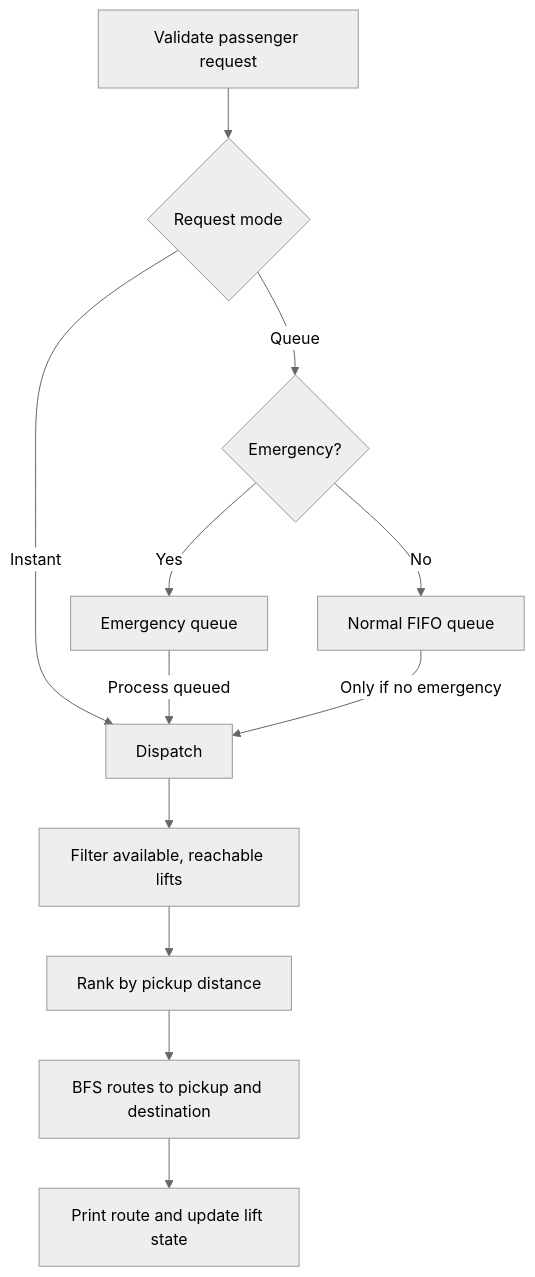
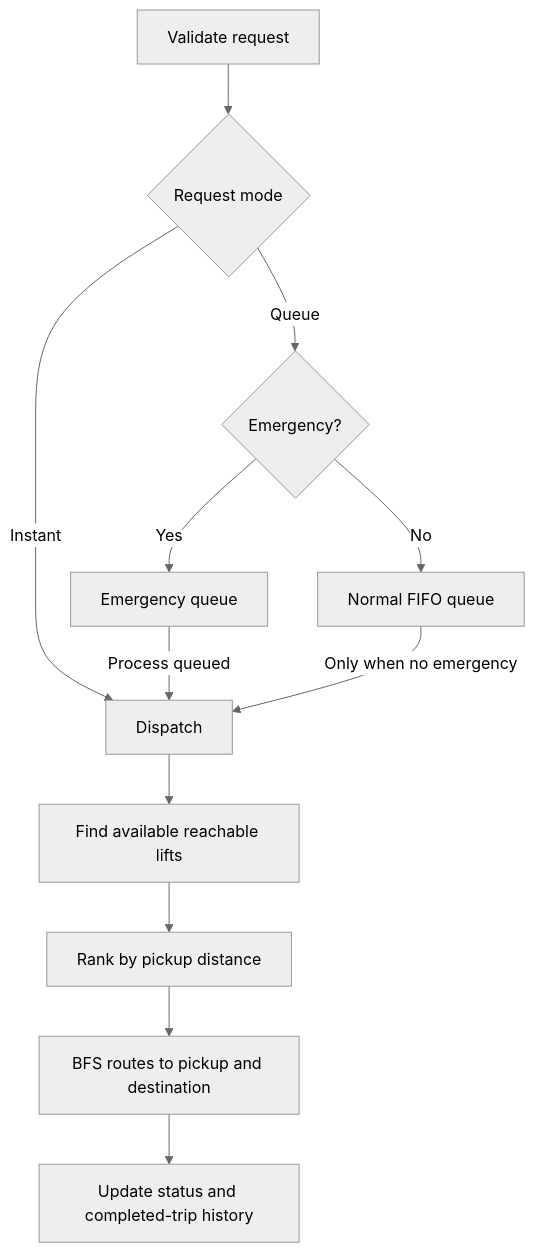
One commit to Sj2252/DSA-Project changed the diagram in README.md. Above: the diagram before and after it, drawn with Mermaid (neutral theme). The commit also changed other lines of this file and 1 other file, not shown here.

Commit message:
Add request hash table and trip history

````diff
--- a/README.md
+++ b/README.md
@@ -7,14 +7,14 @@
 ```mermaid
 flowchart TD
-    Input[Validate passenger request] --> Mode{Request mode}
+    Input[Validate request] --> Mode{Request mode}
     Mode -->|Instant| Dispatch[Dispatch]
     Mode -->|Queue| Priority{Emergency?}
     Priority -->|Yes| Emergency[Emergency queue]
     Priority -->|No| Normal[Normal FIFO queue]
     Emergency -->|Process queued| Dispatch
-    Normal -->|Only if no emergency| Dispatch
-    Dispatch --> Filter[Filter available, reachable lifts]
+    Normal -->|Only when no emergency| Dispatch
+    Dispatch --> Filter[Find available reachable lifts]
     Filter --> Rank[Rank by pickup distance]
     Rank --> BFS[BFS routes to pickup and destination]
-    BFS --> State[Print route and update lift state]
+    BFS --> Record[Update status and completed-trip history]
 ```
````
